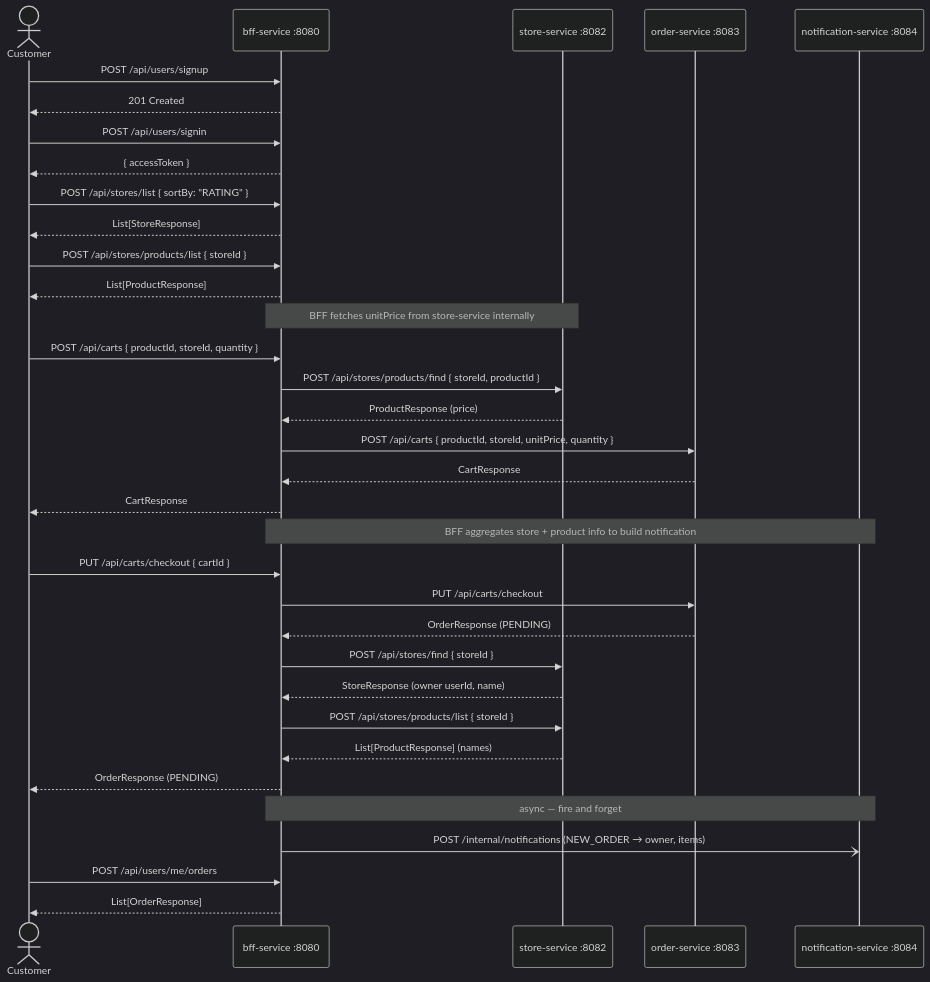
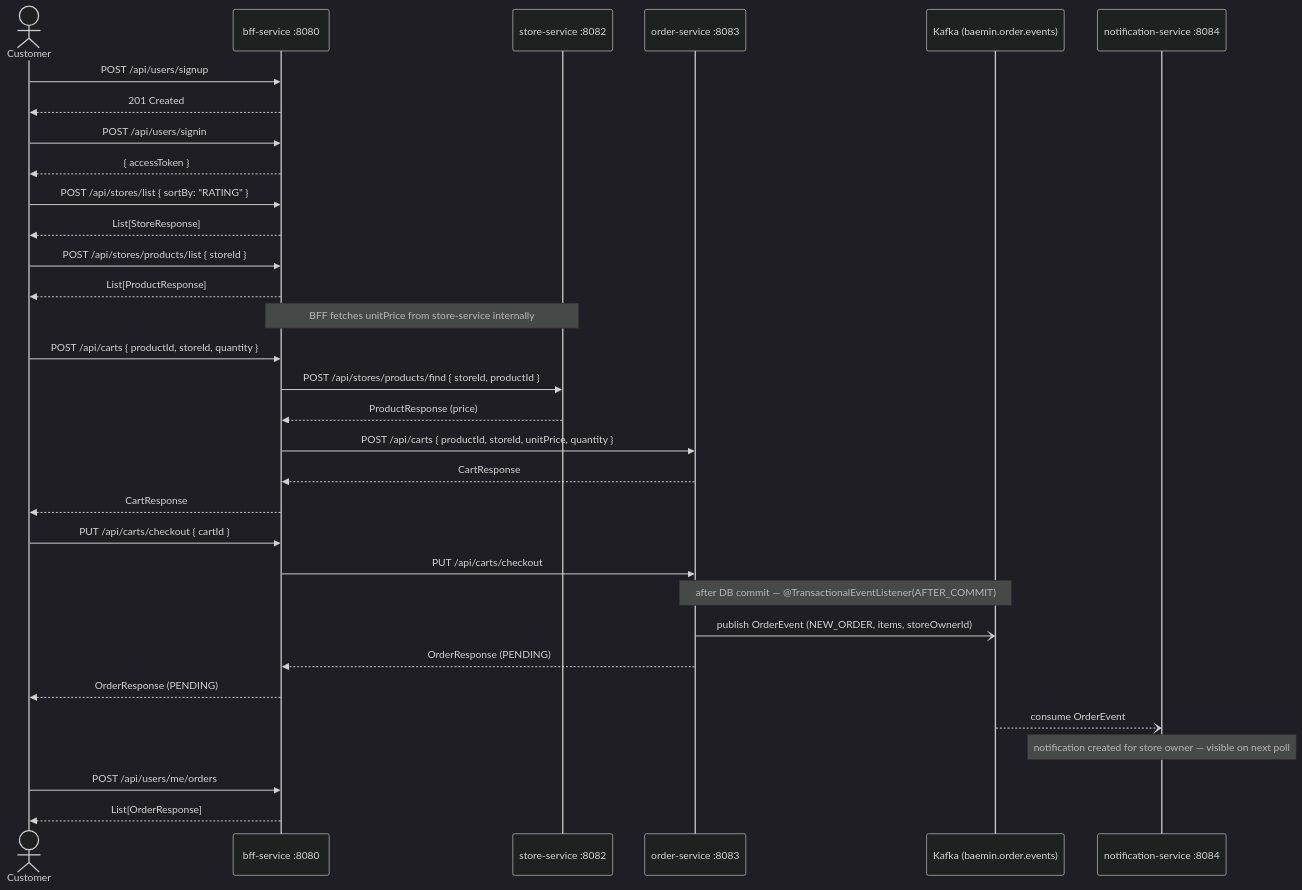
Before and after one commit to proLmpa/Deliprac: the fourth of 7 diagrams in README.md, drawn with Mermaid (dark theme). The commit also changed other lines of this file and 1 other file, not shown here.

````diff
--- a/README.md
+++ b/README.md
@@ -376,41 +389,39 @@
 ```mermaid
 sequenceDiagram
     actor Cu as Customer
     participant BFF as bff-service :8080
     participant SS as store-service :8082
     participant OS as order-service :8083
+    participant K as Kafka (baemin.order.events)
     participant NS as notification-service :8084
 
     Cu->>BFF: POST /api/users/signup
     BFF-->>Cu: 201 Created
     Cu->>BFF: POST /api/users/signin
     BFF-->>Cu: { accessToken }
 
     Cu->>BFF: POST /api/stores/list { sortBy: "RATING" }
     BFF-->>Cu: List[StoreResponse]
     Cu->>BFF: POST /api/stores/products/list { storeId }
     BFF-->>Cu: List[ProductResponse]
 
     Note over BFF,SS: BFF fetches unitPrice from store-service internally
     Cu->>BFF: POST /api/carts { productId, storeId, quantity }
     BFF->>SS: POST /api/stores/products/find { storeId, productId }
     SS-->>BFF: ProductResponse (price)
     BFF->>OS: POST /api/carts { productId, storeId, unitPrice, quantity }
     OS-->>BFF: CartResponse
     BFF-->>Cu: CartResponse
 
-    Note over BFF,NS: BFF aggregates store + product info to build notification
     Cu->>BFF: PUT /api/carts/checkout { cartId }
     BFF->>OS: PUT /api/carts/checkout
+    Note over OS,K: after DB commit — @TransactionalEventListener(AFTER_COMMIT)
+    OS-)K: publish OrderEvent (NEW_ORDER, items, storeOwnerId)
     OS-->>BFF: OrderResponse (PENDING)
-    BFF->>SS: POST /api/stores/find { storeId }
-    SS-->>BFF: StoreResponse (owner userId, name)
-    BFF->>SS: POST /api/stores/products/list { storeId }
-    SS-->>BFF: List[ProductResponse] (names)
     BFF-->>Cu: OrderResponse (PENDING)
-    Note over BFF,NS: async — fire and forget
-    BFF-)NS: POST /internal/notifications (NEW_ORDER → owner, items)
+    K--)NS: consume OrderEvent
+    Note over NS: notification created for store owner — visible on next poll
 
     Cu->>BFF: POST /api/users/me/orders
     BFF-->>Cu: List[OrderResponse]
 ```
````
